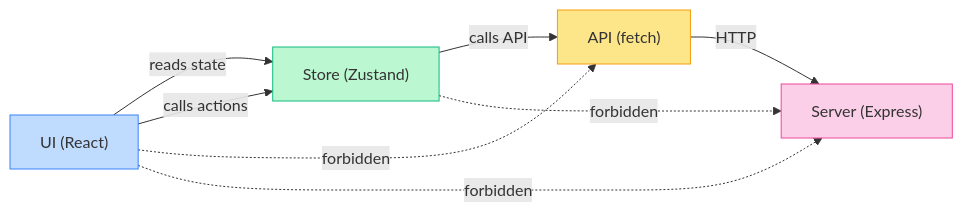
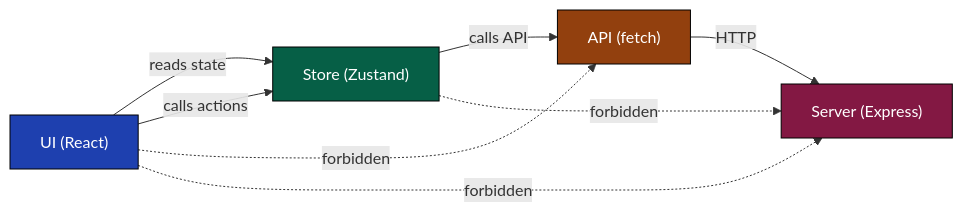
Before and after one commit to ahmadkhalil2021/fullstack-task-board: the seventh of 7 diagrams in docs/build-architecture.md, drawn with Mermaid. The commit also changed other lines of this file, not shown here.

First line of the commit message:
Force dark backgrounds + white text in all Mermaid diagrams

````diff
--- a/docs/build-architecture.md
+++ b/docs/build-architecture.md
@@ -201,26 +207,26 @@
 ```mermaid
 graph LR
     UI["UI (React)"]
     Store["Store (Zustand)"]
     API["API (fetch)"]
     Server["Server (Express)"]
 
     UI -- "reads state" --> Store
     UI -- "calls actions" --> Store
     Store -- "calls API" --> API
     API -- "HTTP" --> Server
 
     UI -. "forbidden" .-> API
     UI -. "forbidden" .-> Server
     Store -. "forbidden" .-> Server
 
-    classDef uiStyle fill:#bfdbfe,stroke:#3b82f6
-    classDef storeStyle fill:#bbf7d0,stroke:#10b981
-    classDef apiStyle fill:#fde68a,stroke:#f59e0b
-    classDef serverStyle fill:#fbcfe8,stroke:#ec4899
+    classDef uiStyle fill:#1e40af,stroke:#000,color:#fff
+    classDef storeStyle fill:#065f46,stroke:#000,color:#fff
+    classDef apiStyle fill:#92400e,stroke:#000,color:#fff
+    classDef serverStyle fill:#831843,stroke:#000,color:#fff
 
     class UI uiStyle
     class Store storeStyle
     class API apiStyle
     class Server serverStyle
 ```
````
